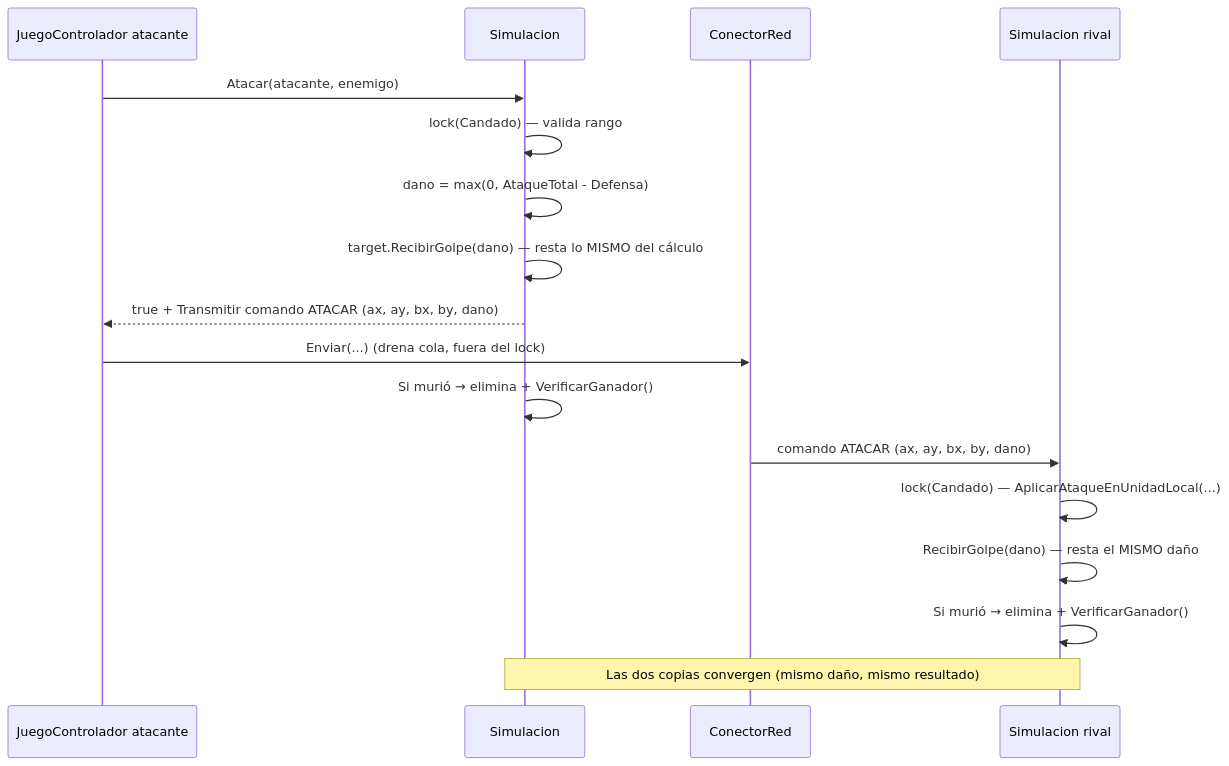
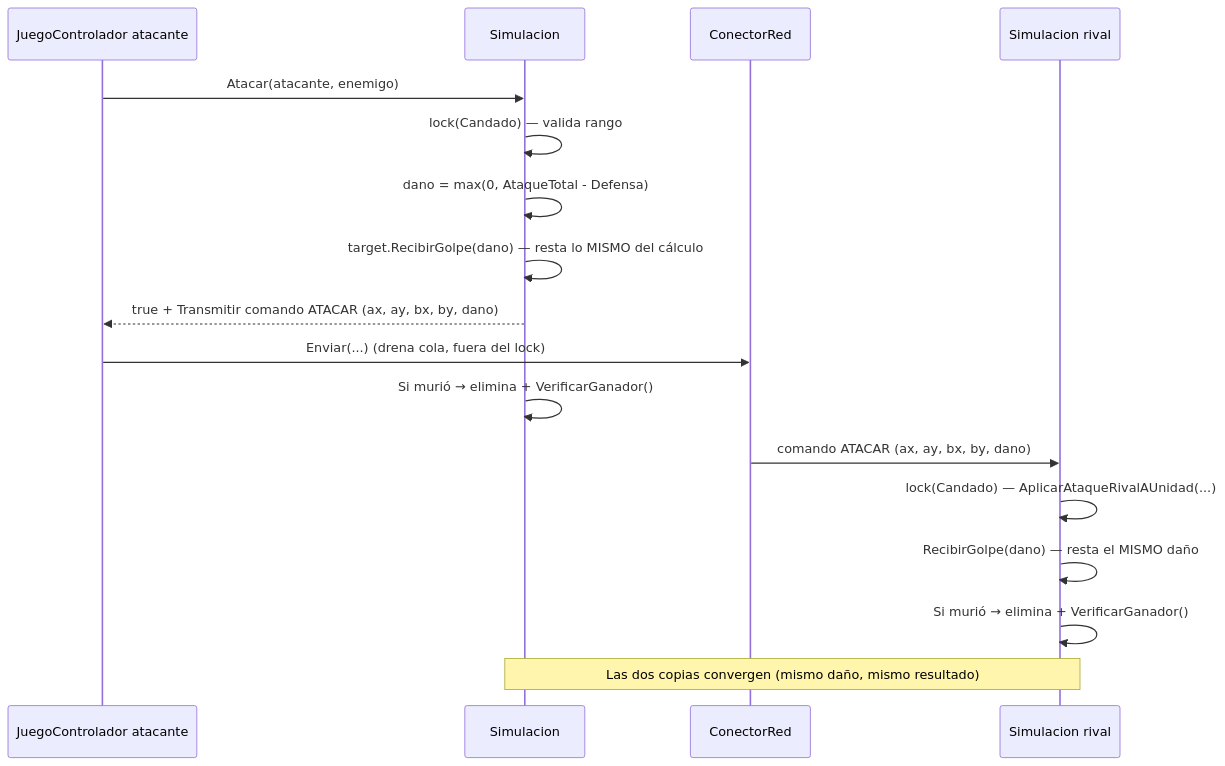
The fourth of 9 diagrams in DOCUMENTACION.md (bardock7238/RTS-Academico), drawn with Mermaid before and after one commit. The commit also changed other lines of this file and 5 other files, not shown here.

Commit message:
docs: sincronizar diagramas y docs con API renombrada y recursos Hierro/Piedra

````diff
--- a/DOCUMENTACION.md
+++ b/DOCUMENTACION.md
@@ -500,21 +506,21 @@
 ```mermaid
 sequenceDiagram
     participant C as JuegoControlador atacante
     participant S as Simulacion
     participant CR as ConectorRed
     participant S2 as Simulacion rival
 
     C->>S: Atacar(atacante, enemigo)
     S->>S: lock(Candado) — valida rango
     S->>S: dano = max(0, AtaqueTotal - Defensa)
     S->>S: target.RecibirGolpe(dano) — resta lo MISMO del cálculo
     S-->>C: true + Transmitir comando ATACAR (ax, ay, bx, by, dano)
     C->>CR: Enviar(...) (drena cola, fuera del lock)
     S->>S: Si murió → elimina + VerificarGanador()
 
     CR->>S2: comando ATACAR (ax, ay, bx, by, dano)
-    S2->>S2: lock(Candado) — AplicarAtaqueEnUnidadLocal(...)
+    S2->>S2: lock(Candado) — AplicarAtaqueRivalAUnidad(...)
     S2->>S2: RecibirGolpe(dano) — resta el MISMO daño
     S2->>S2: Si murió → elimina + VerificarGanador()
     Note over S,S2: Las dos copias convergen (mismo daño, mismo resultado)
 ```
````
